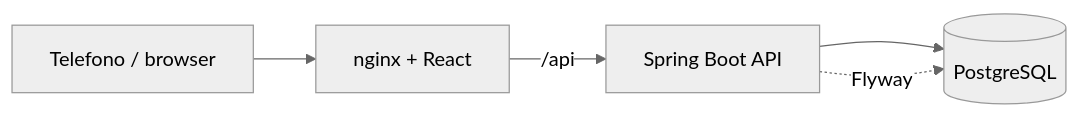
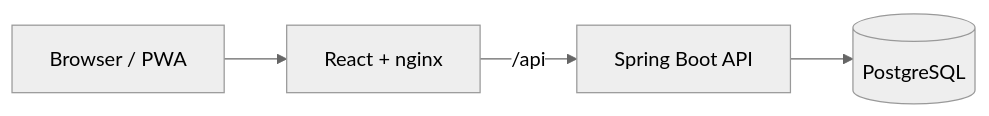
The diagram in README.md (LolloZorli/ortofrutta-app), drawn with Mermaid (neutral theme) before and after one commit. The commit also changed other lines of this file and 3 other files, not shown here.

````diff
--- a/README.md
+++ b/README.md
@@ -109,7 +25,6 @@
 ```mermaid
 flowchart LR
-  U[Telefono / browser] --> N[nginx + React]
-  N -->|/api| B[Spring Boot API]
+  U[Browser / PWA] --> F[React + nginx]
+  F -->|/api| B[Spring Boot API]
   B --> D[(PostgreSQL)]
-  B -. Flyway .-> D
 ```
````
